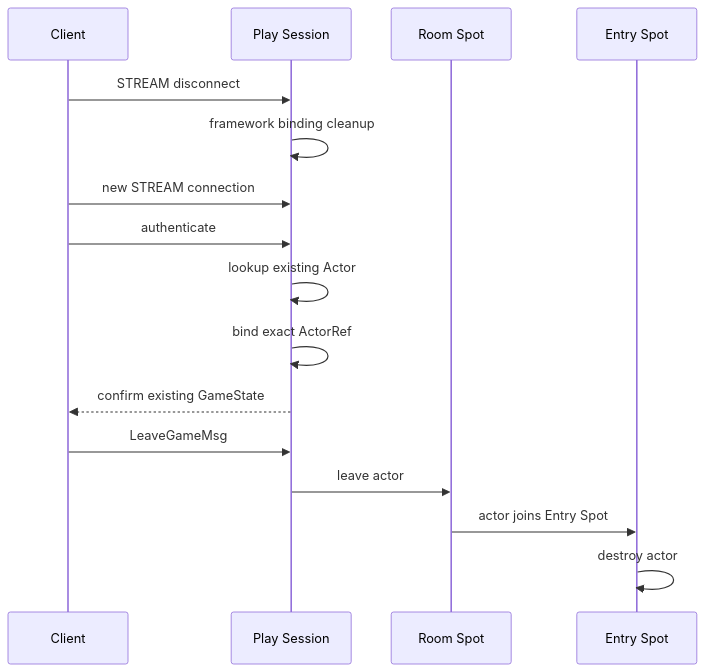
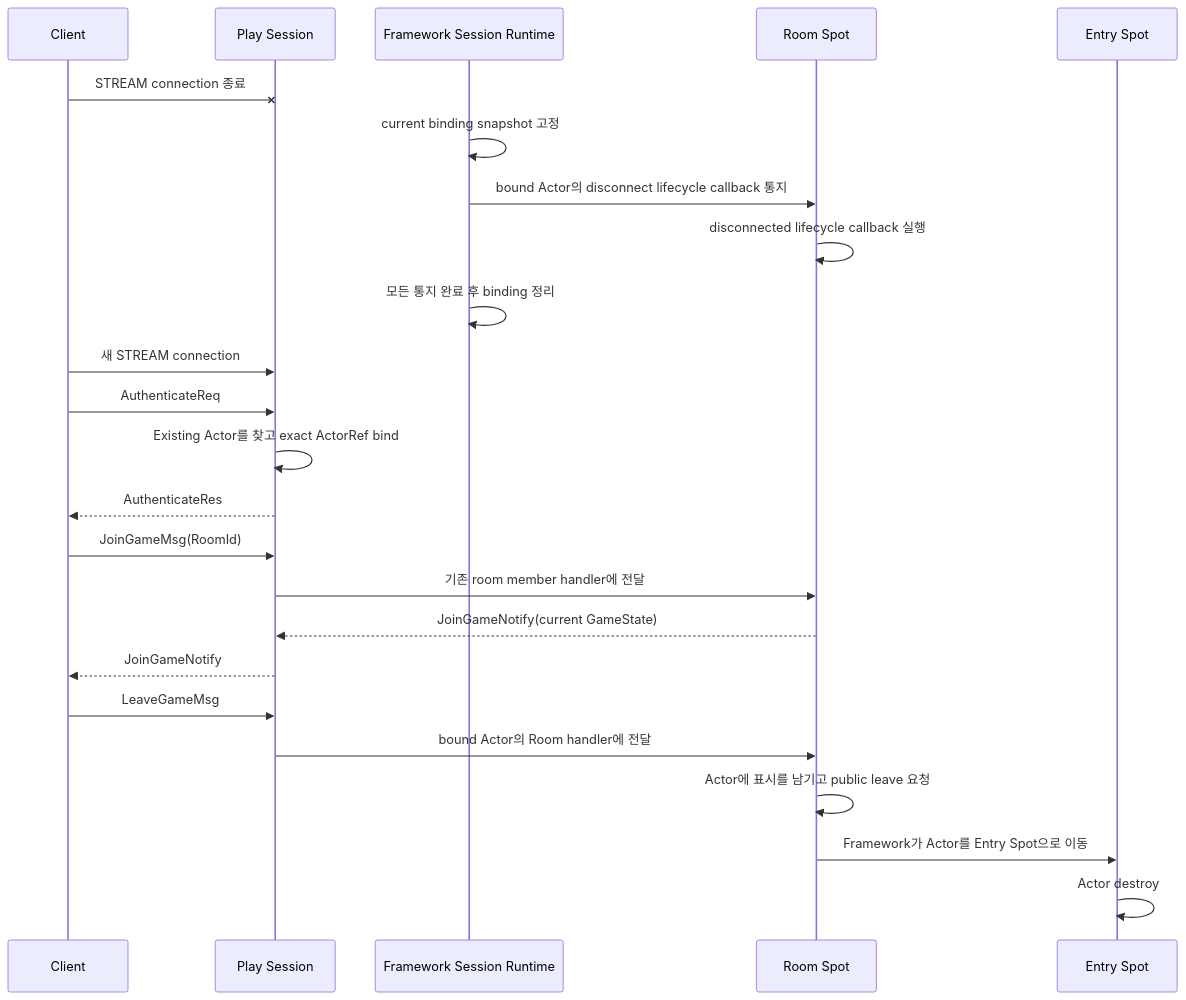
Before and after one commit to zlink-systems/zlink: the fifth of 5 diagrams in framework/doc/framework/common/sample/tictactoe/README.ko.md, drawn with Mermaid. The commit also changed other lines of this file and 1642 other files, not shown here.

Commit message:
Implement framework runtime convergence and relocation contracts

````diff
--- a/framework/doc/framework/common/sample/tictactoe/README.ko.md
+++ b/framework/doc/framework/common/sample/tictactoe/README.ko.md
@@ -434,19 +498,27 @@
 ```mermaid
 sequenceDiagram
     participant C as Client
     participant P as Play Session
+    participant F as Framework Session Runtime
     participant R as Room Spot
     participant E as Entry Spot
 
-    C->>P: STREAM disconnect
-    P->>P: framework binding cleanup
-    C->>P: new STREAM connection
-    C->>P: authenticate
-    P->>P: lookup existing Actor
-    P->>P: bind exact ActorRef
-    P-->>C: confirm existing GameState
+    C-xP: STREAM connection 종료
+    F->>F: current binding snapshot 고정
+    F->>R: bound Actor의 disconnect lifecycle callback 통지
+    R->>R: disconnected lifecycle callback 실행
+    F->>F: 모든 통지 완료 후 binding 정리
+    C->>P: 새 STREAM connection
+    C->>P: AuthenticateReq
+    P->>P: Existing Actor를 찾고 exact ActorRef bind
+    P-->>C: AuthenticateRes
+    C->>P: JoinGameMsg(RoomId)
+    P->>R: 기존 room member handler에 전달
+    R-->>P: JoinGameNotify(current GameState)
+    P-->>C: JoinGameNotify
     C->>P: LeaveGameMsg
-    P->>R: leave actor
-    R->>E: actor joins Entry Spot
-    E->>E: destroy actor
+    P->>R: bound Actor의 Room handler에 전달
+    R->>R: Actor에 표시를 남기고 public leave 요청
+    R->>E: Framework가 Actor를 Entry Spot으로 이동
+    E->>E: Actor destroy
 ```
````
